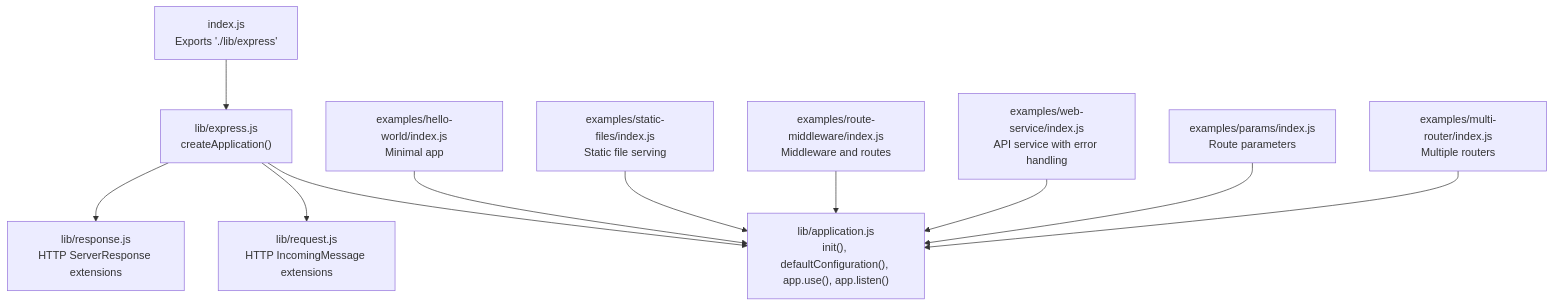
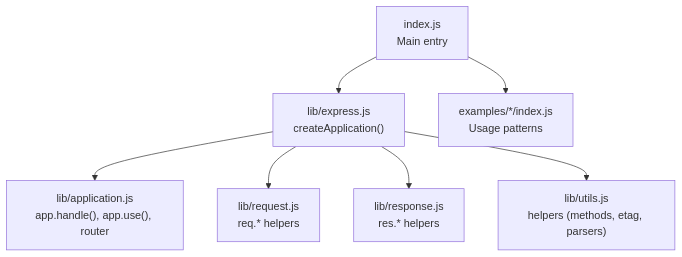
The first of 6 diagrams in .qoder/repowiki/en/content/Getting Started.md (mandalpiyush/express), drawn with Mermaid before and after one commit. The commit also changed other lines of this file and 137 other files, not shown here.

````diff
--- a/.qoder/repowiki/en/content/Getting Started.md
+++ b/.qoder/repowiki/en/content/Getting Started.md
@@ -56,13 +43,9 @@
 ```mermaid
 graph TB
-A["index.js<br/>Exports './lib/express'"] --> B["lib/express.js<br/>createApplication()"]
-B --> C["lib/application.js<br/>init(), defaultConfiguration(), app.use(), app.listen()"]
-B --> D["lib/request.js<br/>HTTP IncomingMessage extensions"]
-B --> E["lib/response.js<br/>HTTP ServerResponse extensions"]
-F["examples/hello-world/index.js<br/>Minimal app"] --> C
-G["examples/static-files/index.js<br/>Static file serving"] --> C
-H["examples/route-middleware/index.js<br/>Middleware and routes"] --> C
-I["examples/web-service/index.js<br/>API service with error handling"] --> C
-J["examples/params/index.js<br/>Route parameters"] --> C
-K["examples/multi-router/index.js<br/>Multiple routers"] --> C
+A["index.js<br/>Main entry"] --> B["lib/express.js<br/>createApplication()"]
+B --> C["lib/application.js<br/>app.handle(), app.use(), router"]
+B --> D["lib/request.js<br/>req.* helpers"]
+B --> E["lib/response.js<br/>res.* helpers"]
+B --> F["lib/utils.js<br/>helpers (methods, etag, parsers)"]
+A --> G["examples/*/index.js<br/>Usage patterns"]
 ```
````
